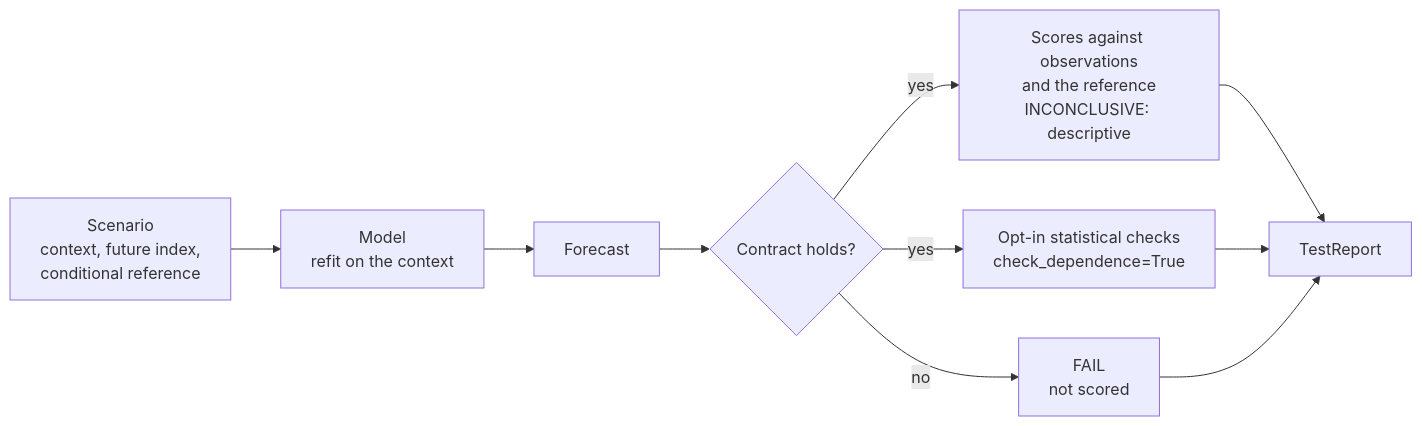
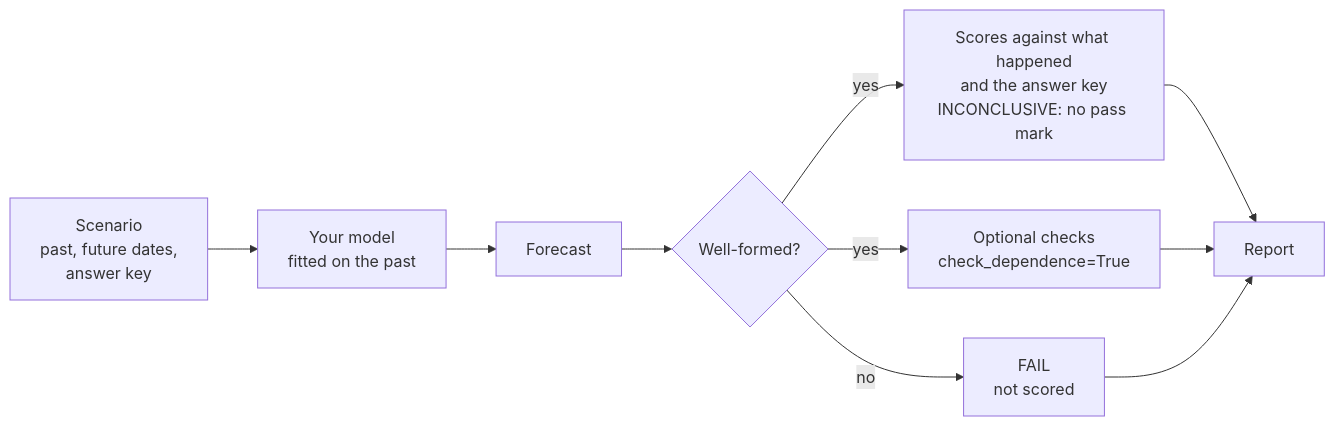
One commit to diogoseca/timegym changed the diagram in docs/concepts/how-timegym-decides.md. Above: the diagram before and after it, drawn with Mermaid. The commit also changed other lines of this file and 10 other files, not shown here.

````diff
--- a/docs/concepts/how-timegym-decides.md
+++ b/docs/concepts/how-timegym-decides.md
@@ -39,12 +42,12 @@
 ```mermaid
 flowchart LR
-    S["Scenario<br/>context, future index,<br/>conditional reference"] --> M["Model<br/>refit on the context"]
+    S["Scenario<br/>past, future dates,<br/>answer key"] --> M["Your model<br/>fitted on the past"]
     M --> F["Forecast"]
-    F --> C{"Contract holds?"}
+    F --> C{"Well-formed?"}
     C -- no --> X["FAIL<br/>not scored"]
-    C -- yes --> R["Scores against observations<br/>and the reference<br/>INCONCLUSIVE: descriptive"]
-    C -- yes --> D["Opt-in statistical checks<br/>check_dependence=True"]
-    R --> T["TestReport"]
+    C -- yes --> R["Scores against what happened<br/>and the answer key<br/>INCONCLUSIVE: no pass mark"]
+    C -- yes --> D["Optional checks<br/>check_dependence=True"]
+    R --> T["Report"]
     D --> T
     X --> T
 ```
````
